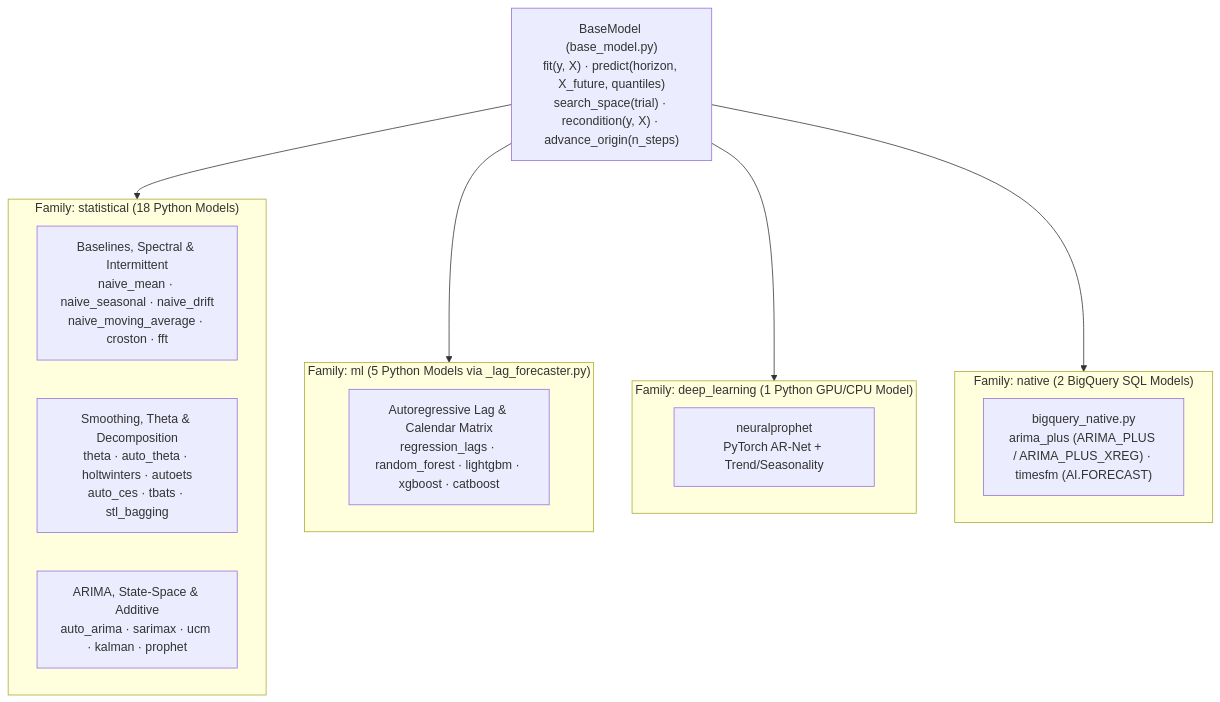
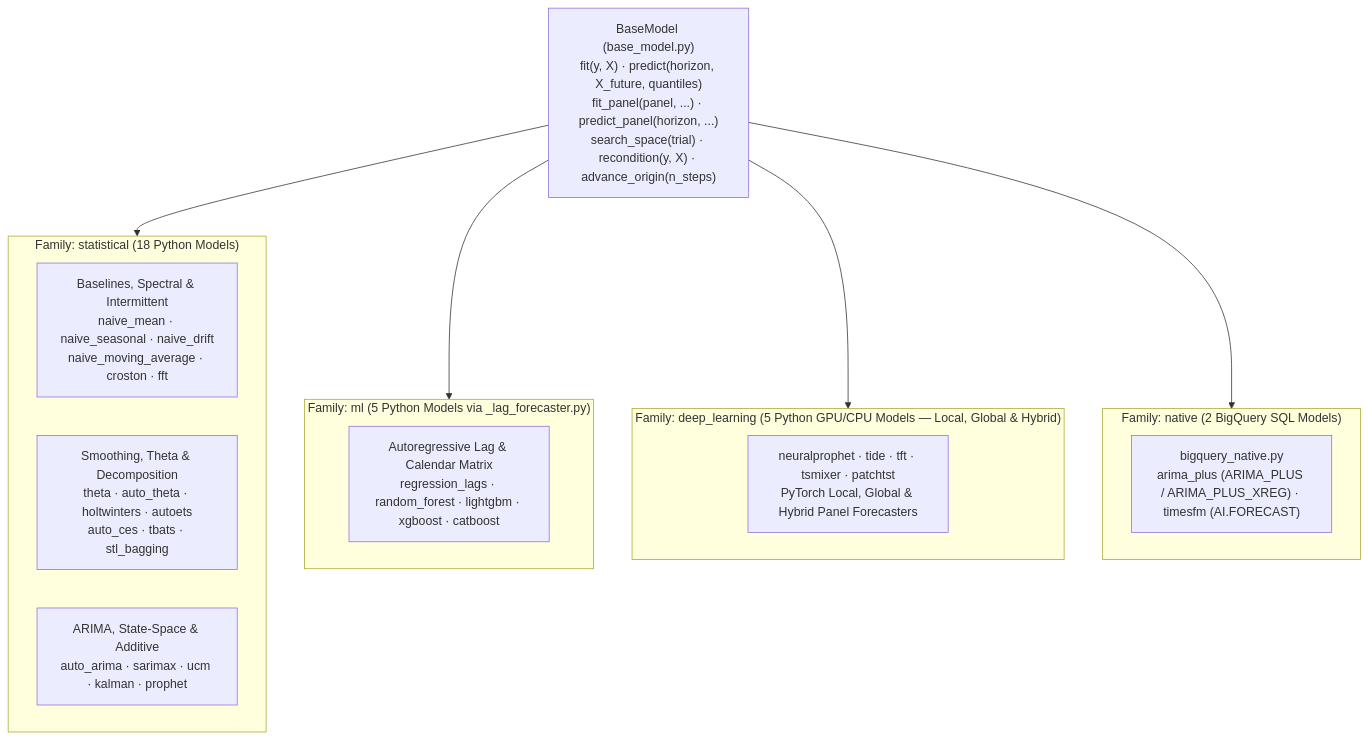
The diagram in src/scale_forecasting/models/README.md (statmike/scale-forecasting), drawn with Mermaid before and after one commit. The commit also changed other lines of this file and 14 other files, not shown here.

````diff
--- a/src/scale_forecasting/models/README.md
+++ b/src/scale_forecasting/models/README.md
@@ -7,24 +7,24 @@
 ```mermaid
 flowchart TB
-    base["BaseModel (base_model.py)<br/>fit(y, X) · predict(horizon, X_future, quantiles)<br/>search_space(trial) · recondition(y, X) · advance_origin(n_steps)"]
+    base["BaseModel (base_model.py)<br/>fit(y, X) · predict(horizon, X_future, quantiles)<br/>fit_panel(panel, ...) · predict_panel(horizon, ...)<br/>search_space(trial) · recondition(y, X) · advance_origin(n_steps)"]
 
     subgraph stat["Family: statistical (18 Python Models)"]
         naive["Baselines, Spectral & Intermittent<br/>naive_mean · naive_seasonal · naive_drift<br/>naive_moving_average · croston · fft"]
         ets["Smoothing, Theta & Decomposition<br/>theta · auto_theta · holtwinters · autoets<br/>auto_ces · tbats · stl_bagging"]
         ss["ARIMA, State-Space & Additive<br/>auto_arima · sarimax · ucm · kalman · prophet"]
     end
 
     subgraph ml["Family: ml (5 Python Models via _lag_forecaster.py)"]
         lag["Autoregressive Lag & Calendar Matrix<br/>regression_lags · random_forest · lightgbm · xgboost · catboost"]
     end
 
-    subgraph dl["Family: deep_learning (1 Python GPU/CPU Model)"]
-        np["neuralprophet<br/>PyTorch AR-Net + Trend/Seasonality"]
+    subgraph dl["Family: deep_learning (5 Python GPU/CPU Models — Local, Global & Hybrid)"]
+        np["neuralprophet · tide · tft · tsmixer · patchtst<br/>PyTorch Local, Global & Hybrid Panel Forecasters"]
     end
 
     subgraph nat["Family: native (2 BigQuery SQL Models)"]
         bq["bigquery_native.py<br/>arima_plus (ARIMA_PLUS / ARIMA_PLUS_XREG) · timesfm (AI.FORECAST)"]
     end
 
     base --> stat & ml & dl & nat
 ```
````
